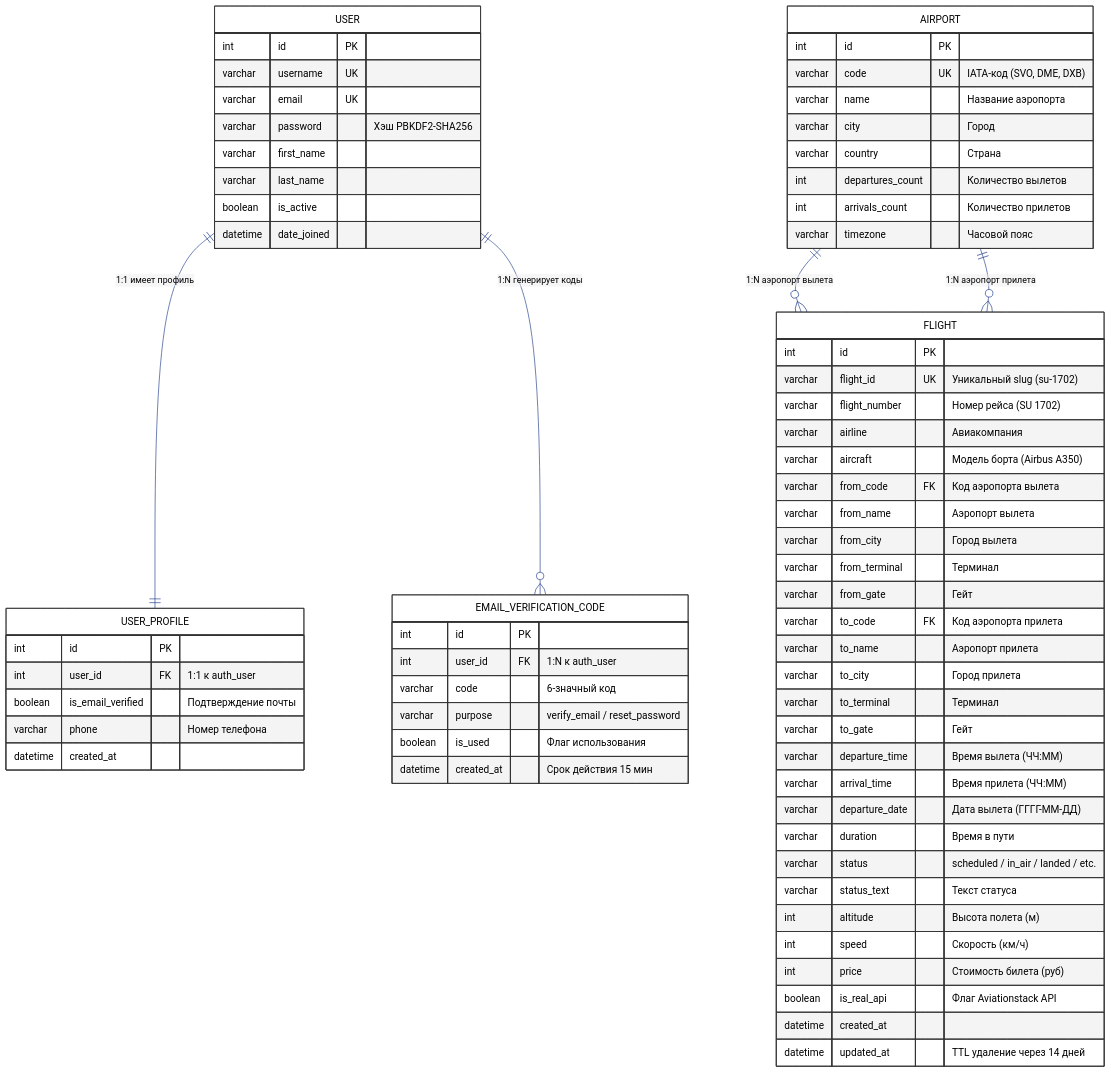
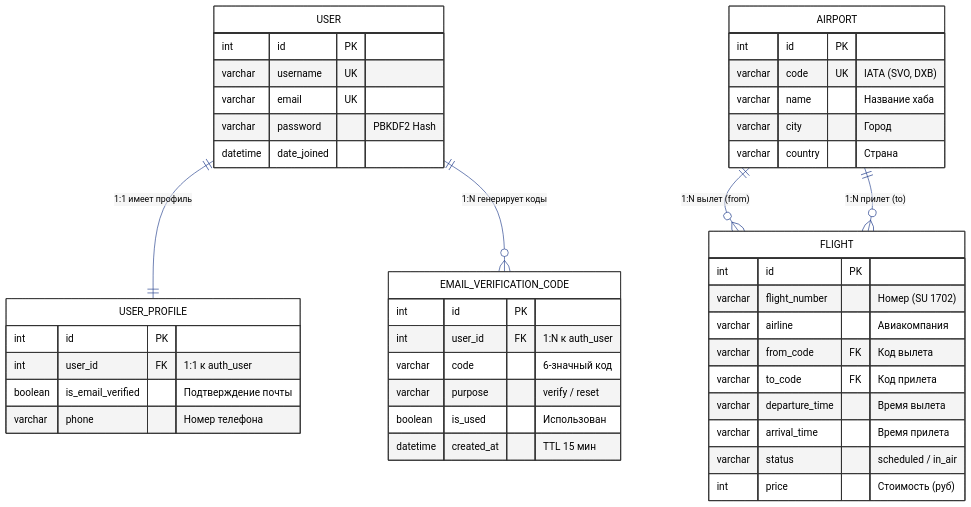
One commit to Shonni123/RPI_Kurs changed the diagram in docs/ER_DIAGRAM.md. Above: the diagram before and after it, drawn with Mermaid. The commit also changed other lines of this file and 3 other files, not shown here.

Commit message:
docs(diagrams): simplify ER diagram into compact academic layout

````diff
--- a/docs/ER_DIAGRAM.md
+++ b/docs/ER_DIAGRAM.md
@@ -21,77 +21,52 @@
 ```mermaid
 %%{init: {'theme': 'neutral', 'themeVariables': {'darkMode': false, 'background': '#FFFFFF', 'mainBkg': '#FFFFFF', 'nodeBorder': '#333333', 'textColor': '#000000', 'lineColor': '#1E3A8A'}}}%%
 erDiagram
     USER ||--|| USER_PROFILE : "1:1 имеет профиль"
     USER ||--o{ EMAIL_VERIFICATION_CODE : "1:N генерирует коды"
-    AIRPORT ||--o{ FLIGHT : "1:N аэропорт вылета"
-    AIRPORT ||--o{ FLIGHT : "1:N аэропорт прилета"
+    AIRPORT ||--o{ FLIGHT : "1:N вылет (from)"
+    AIRPORT ||--o{ FLIGHT : "1:N прилет (to)"
 
     USER {
         int id PK
         varchar username UK
         varchar email UK
-        varchar password "Хэш PBKDF2-SHA256"
-        varchar first_name
-        varchar last_name
-        boolean is_active
+        varchar password "PBKDF2 Hash"
         datetime date_joined
     }
 
     USER_PROFILE {
         int id PK
         int user_id FK "1:1 к auth_user"
         boolean is_email_verified "Подтверждение почты"
         varchar phone "Номер телефона"
-        datetime created_at
     }
 
     EMAIL_VERIFICATION_CODE {
         int id PK
         int user_id FK "1:N к auth_user"
         varchar code "6-значный код"
-        varchar purpose "verify_email / reset_password"
-        boolean is_used "Флаг использования"
-        datetime created_at "Срок действия 15 мин"
+        varchar purpose "verify / reset"
+        boolean is_used "Использован"
+        datetime created_at "TTL 15 мин"
     }
 
     AIRPORT {
         int id PK
-        varchar code UK "IATA-код (SVO, DME, DXB)"
-        varchar name "Название аэропорта"
+        varchar code UK "IATA (SVO, DXB)"
+        varchar name "Название хаба"
         varchar city "Город"
         varchar country "Страна"
-        int departures_count "Количество вылетов"
-        int arrivals_count "Количество прилетов"
-        varchar timezone "Часовой пояс"
     }
 
     FLIGHT {
         int id PK
-        varchar flight_id UK "Уникальный slug (su-1702)"
-        varchar flight_number "Номер рейса (SU 1702)"
+        varchar flight_number "Номер (SU 1702)"
         varchar airline "Авиакомпания"
-        varchar aircraft "Модель борта (Airbus A350)"
-        varchar from_code FK "Код аэропорта вылета"
-        varchar from_name "Аэропорт вылета"
-        varchar from_city "Город вылета"
-        varchar from_terminal "Терминал"
-        varchar from_gate "Гейт"
-        varchar to_code FK "Код аэропорта прилета"
-        varchar to_name "Аэропорт прилета"
-        varchar to_city "Город прилета"
-        varchar to_terminal "Терминал"
-        varchar to_gate "Гейт"
-        varchar departure_time "Время вылета (ЧЧ:ММ)"
-        varchar arrival_time "Время прилета (ЧЧ:ММ)"
-        varchar departure_date "Дата вылета (ГГГГ-ММ-ДД)"
-        varchar duration "Время в пути"
-        varchar status "scheduled / in_air / landed / etc."
-        varchar status_text "Текст статуса"
-        int altitude "Высота полета (м)"
-        int speed "Скорость (км/ч)"
-        int price "Стоимость билета (руб)"
-        boolean is_real_api "Флаг Aviationstack API"
-        datetime created_at
-        datetime updated_at "TTL удаление через 14 дней"
+        varchar from_code FK "Код вылета"
+        varchar to_code FK "Код прилета"
+        varchar departure_time "Время вылета"
+        varchar arrival_time "Время прилета"
+        varchar status "scheduled / in_air"
+        int price "Стоимость (руб)"
     }
 ```
````
